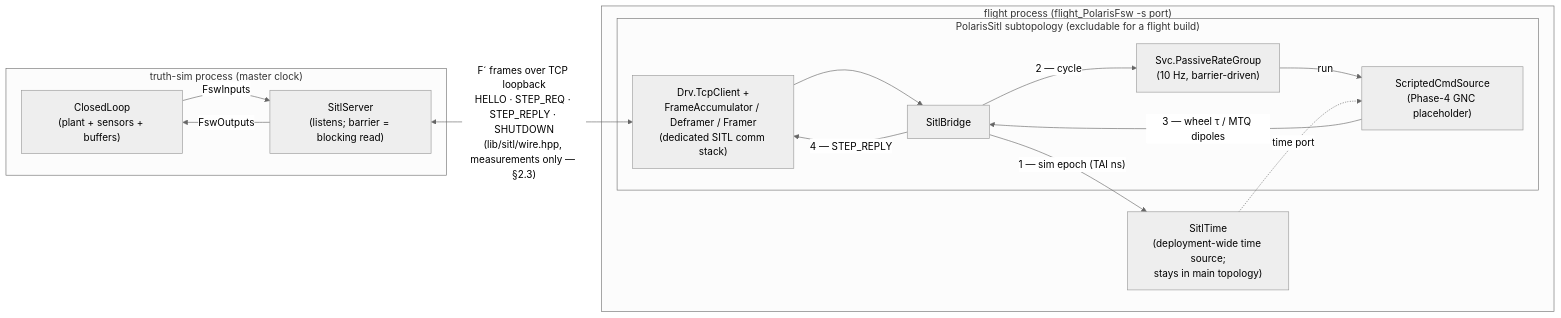
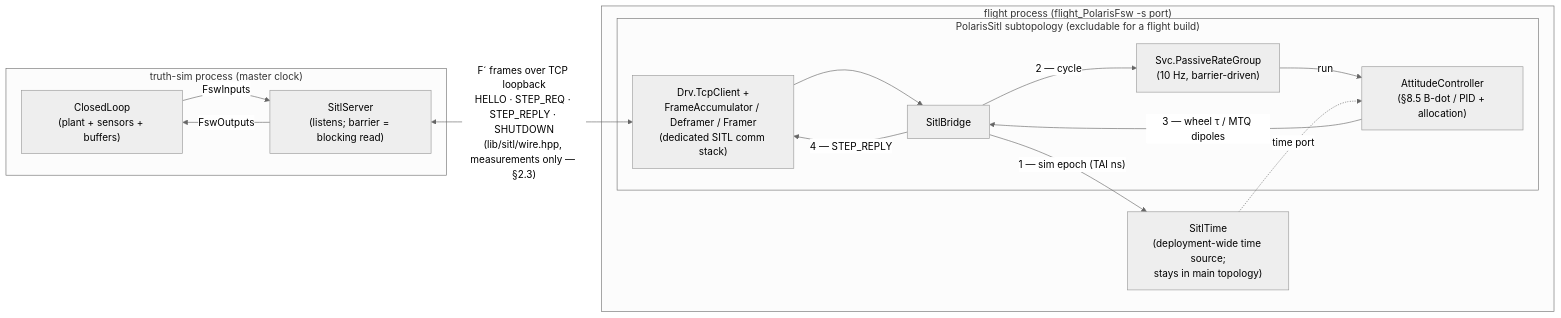
The second of 2 diagrams in docs/guides/closed_loop.md (atillasaadat/polaris), drawn with Mermaid (neutral theme) before and after one commit. The commit also changed 76 other files, not shown here.

````diff
--- a/docs/guides/closed_loop.md
+++ b/docs/guides/closed_loop.md
@@ -41,21 +41,21 @@
 ```{mermaid}
 flowchart LR
     subgraph SIM ["truth-sim process (master clock)"]
         CL["ClosedLoop<br/>(plant + sensors + buffers)"] -->|FswInputs| SS["SitlServer<br/>(listens; barrier = blocking read)"]
         SS -->|FswOutputs| CL
     end
 
     SS <-->|"F´ frames over TCP loopback<br/>HELLO · STEP_REQ · STEP_REPLY · SHUTDOWN<br/>(lib/sitl/wire.hpp, measurements only — §2.3)"| TC
 
     subgraph FSW ["flight process (flight_PolarisFsw -s port)"]
         subgraph PS ["PolarisSitl subtopology (excludable for a flight build)"]
             TC["Drv.TcpClient +<br/>FrameAccumulator / Deframer / Framer<br/>(dedicated SITL comm stack)"] --> SB["SitlBridge"]
             SB -->|"2 — cycle"| RG["Svc.PassiveRateGroup<br/>(10 Hz, barrier-driven)"]
-            RG -->|run| CS["ScriptedCmdSource<br/>(Phase-4 GNC placeholder)"]
+            RG -->|run| CS["AttitudeController<br/>(§8.5 B-dot / PID + allocation)"]
             CS -->|"3 — wheel τ / MTQ dipoles"| SB
             SB -->|"4 — STEP_REPLY"| TC
         end
         SB -->|"1 — sim epoch (TAI ns)"| ST["SitlTime<br/>(deployment-wide time source;<br/>stays in main topology)"]
         ST -.->|time port| CS
     end
 ```
````
